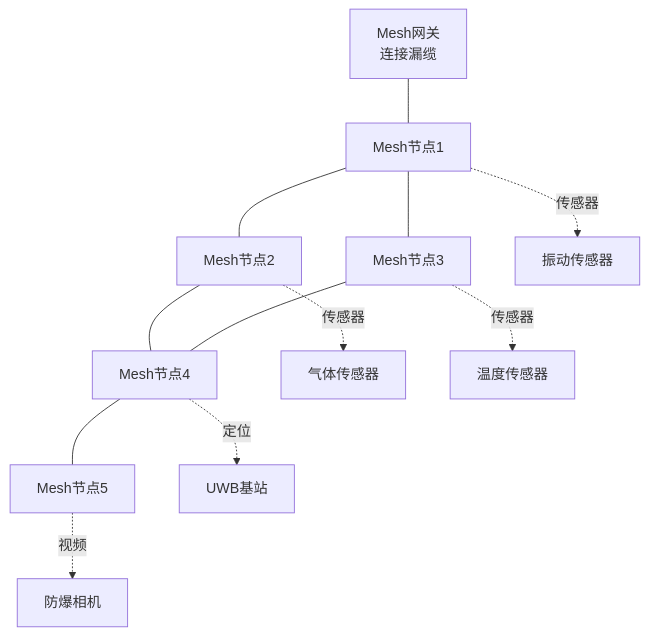
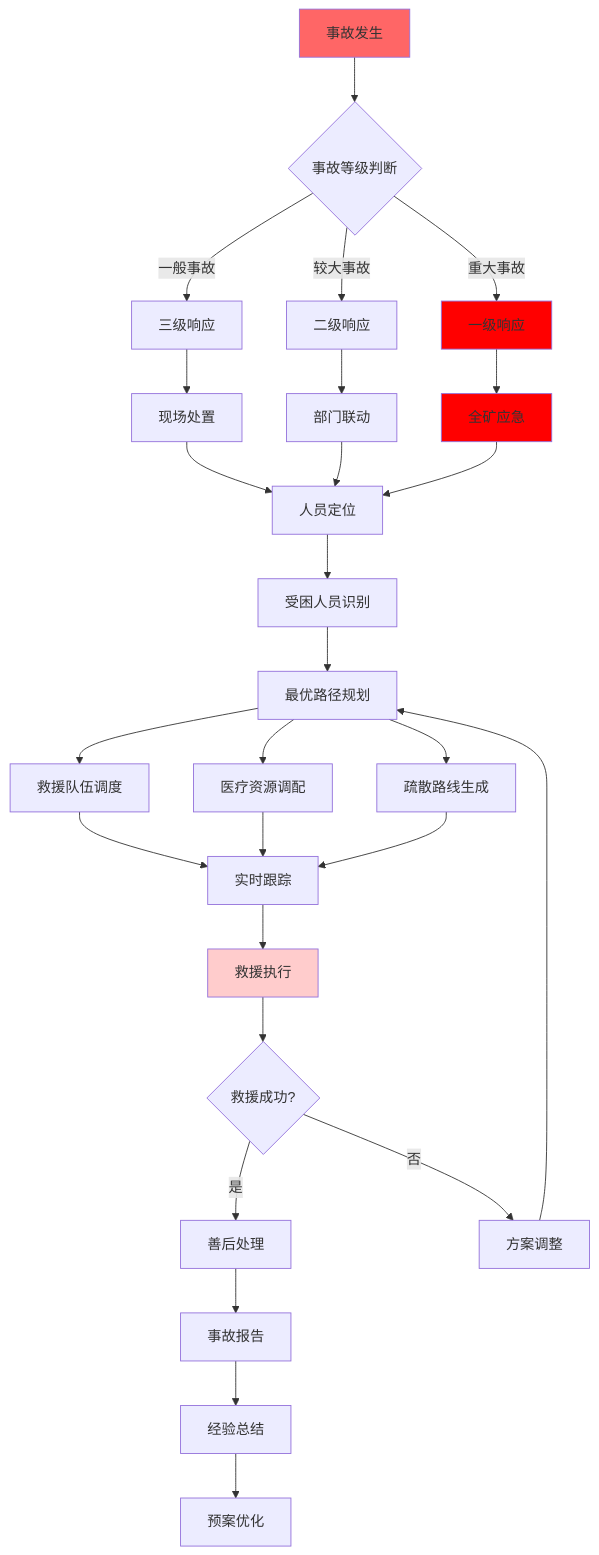
The fifth of 7 diagrams in Flink-IoT-Authority-Alignment/Phase-11-Mining-Oil-Gas/case-mining-oilgas-complete.md (AdaMartin18010/AnalysisDataFlow), drawn with Mermaid before and after one commit. The commit also changed other lines of this file and 3 other files, not shown here.

````diff
--- a/Flink-IoT-Authority-Alignment/Phase-11-Mining-Oil-Gas/case-mining-oilgas-complete.md
+++ b/Flink-IoT-Authority-Alignment/Phase-11-Mining-Oil-Gas/case-mining-oilgas-complete.md
@@ -700,15 +3597,40 @@
 ```mermaid
-graph TD
-    A[Mesh网关<br/>连接漏缆] --- B[Mesh节点1]
-    B --- C[Mesh节点2]
-    B --- D[Mesh节点3]
-    C --- E[Mesh节点4]
-    D --- E
-    E --- F[Mesh节点5]
+flowchart TD
+    A[事故发生] --> B{事故等级判断}
 
-    B -.->|传感器| S1[振动传感器]
-    C -.->|传感器| S2[气体传感器]
-    D -.->|传感器| S3[温度传感器]
-    E -.->|定位| L1[UWB基站]
-    F -.->|视频| V1[防爆相机]
+    B -->|一般事故| C[三级响应]
+    B -->|较大事故| D[二级响应]
+    B -->|重大事故| E[一级响应]
+
+    C --> F[现场处置]
+    D --> G[部门联动]
+    E --> H[全矿应急]
+
+    F & G & H --> I[人员定位]
+    I --> J[受困人员识别]
+    J --> K[最优路径规划]
+
+    K --> L[救援队伍调度]
+    K --> M[医疗资源调配]
+    K --> N[疏散路线生成]
+
+    L --> O[实时跟踪]
+    M --> O
+    N --> O
+
+    O --> P[救援执行]
+    P --> Q{救援成功?}
+
+    Q -->|是| R[善后处理]
+    Q -->|否| S[方案调整]
+    S --> K
+
+    R --> T[事故报告]
+    T --> U[经验总结]
+    U --> V[预案优化]
+
+    style A fill:#ff6666
+    style E fill:#ff0000
+    style H fill:#ff0000
+    style P fill:#ffcccc
 ```
````
